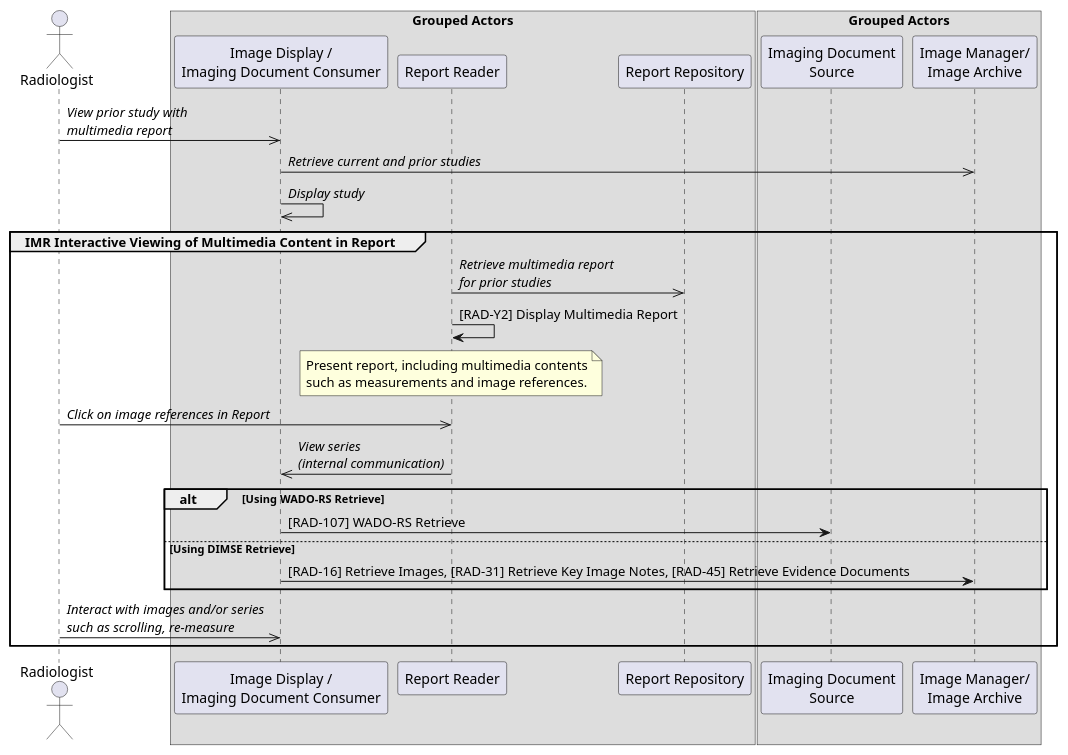
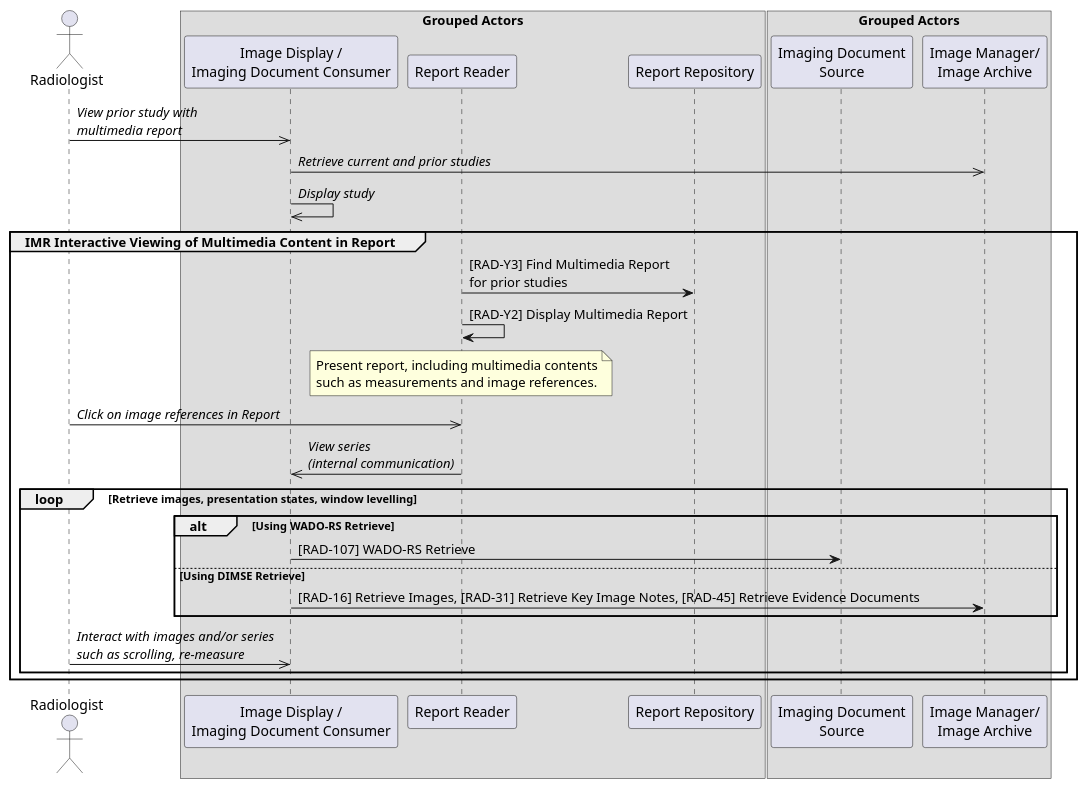
The diagram in input/images-source/uc4-presenting-interactive-report-PACS.plantuml (IHE/RAD.IMR), drawn with PlantUML before and after one commit. The commit also changed 7 other files, not shown here.

Commit message:
Updated to have Image Display supports RAD-Y5. The standalone Report Reader now supports retrieve rendered images. Updated the use cases to reflect the rendered image display differences.

```diff
--- a/input/images-source/uc4-presenting-interactive-report-PACS.plantuml
+++ b/input/images-source/uc4-presenting-interactive-report-PACS.plantuml
@@ -1,41 +1,45 @@
 @startuml
 
 actor Radiologist as Radiologist
 
 box Grouped Actors
 participant "Image Display /\nImaging Document Consumer" as Display
 participant "Report Reader" as Reader
 participant "Report Repository" as Repo
 end box
 
 box Grouped Actors
 participant "Imaging Document\nSource" as WADO
 participant "Image Manager/\nImage Archive" as Archive
 end box
 
 Radiologist->>Display: //View prior study with//\n//multimedia report//
 Display->>Archive: //Retrieve current and prior studies//
 Display->>Display: //Display study//
 
 group IMR Interactive Viewing of Multimedia Content in Report
-Reader->>Repo: //Retrieve multimedia report//\n//for prior studies//
+Reader->Repo: [RAD-Y3] Find Multimedia Report\nfor prior studies
 Reader->Reader: [RAD-Y2] Display Multimedia Report
 
 note over Reader
 Present report, including multimedia contents
 such as measurements and image references.
 end note
 
 Radiologist->>Reader: //Click on image references in Report//
 Reader->>Display: //View series//\n//(internal communication)//
+
+loop Retrieve images, presentation states, window levelling
 alt Using WADO-RS Retrieve
 Display->WADO: [RAD-107] WADO-RS Retrieve
 else Using DIMSE Retrieve
 Display->Archive: [RAD-16] Retrieve Images, [RAD-31] Retrieve Key Image Notes, [RAD-45] Retrieve Evidence Documents
 end
 
 Radiologist->>Display: //Interact with images and/or series//\n//such as scrolling, re-measure//
+end loop
+
 end
 
 
 @enduml
```
